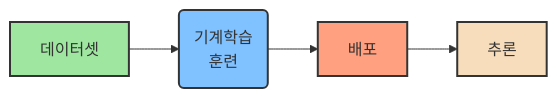
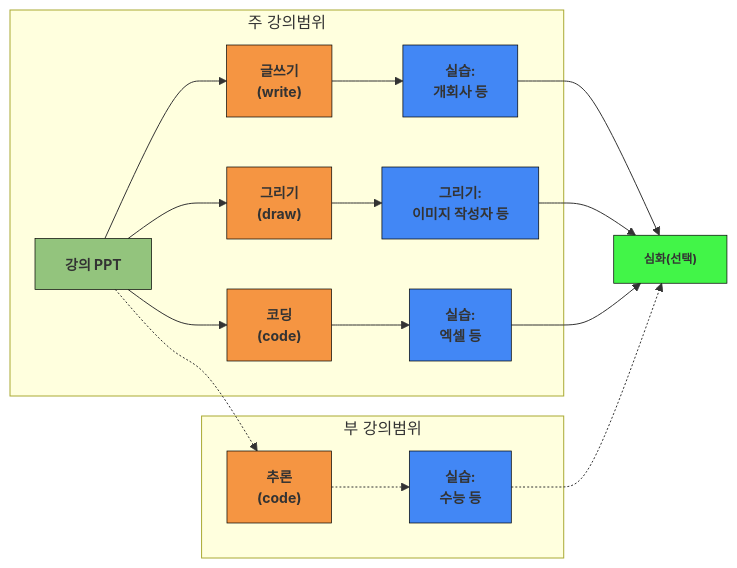
The diagram in gg_20230426.qmd (bit2r/gpt-edu), drawn with Mermaid before and after one commit. The commit also changed other lines of this file and 10 other files, not shown here.

````diff
--- a/gg_20230426.qmd
+++ b/gg_20230426.qmd
@@ -57,11 +43,29 @@
 ```{mermaid}
 flowchart LR
-  A[데이터셋] --> B(기계학습 <br> 훈련)
-  B --> C[배포]
-  C --> D[추론]
-  
-  style A fill:#9fe6a0,stroke:#333,stroke-width:2px;
-  style B fill:#80c1ff,stroke:#333,stroke-width:2px;
-  style C fill:#ffa080,stroke:#333,stroke-width:2px;
-  style D fill:#f7ddbb,stroke:#333,stroke-width:2px;  
+   subgraph 주 강의범위
+    A[강의 PPT] --> AB["글쓰기<br>(write)"] --> B[실습: <br> 개회사 등]
+    A[강의 PPT] --> AC["그리기<br>(draw)"] --> C[그리기: <br> 이미지 작성자 등]
+    A[강의 PPT] --> AD["코딩<br>(code)"] --> D[실습: <br> 엑셀 등]
+    end
+    subgraph 부 강의범위
+    A[강의 PPT] -.-> AE["추론<br>(code)"] -.-> E[실습: <br> 수능 등]
+    end
+    B --> F["심화(선택)"]
+    C --> F["심화(선택)"]
+    D --> F["심화(선택)"]
+    E -.-> F["심화(선택)"]
+
+click A href "https://r2bit.com/bitSlide/slideshow/202304-gpt/#/title-slide"
+click AB href "https://r2bit.com/chatGPT/prompt_in_practice.html"
+click F href "https://r2bit.com/chatGPT/"
+
+class A nodeStyle
+class AB,AC,AD,AE theoryStyle
+class B,C,D,E practiceStyle
+class F taskStyle
+
+classDef nodeStyle fill:#93c47d,stroke:#000000,stroke-width:0.7px,font-weight:bold,font-size:14px;
+classDef theoryStyle fill:#f59542,stroke:#000000,stroke-width:0.7px,font-weight:bold,font-size:14px;
+classDef practiceStyle fill:#4287f5,stroke:#000000,stroke-width:0.7px,font-weight:bold,font-size:14px;
+classDef taskStyle fill:#42f548,stroke:#000000,stroke-width:0.7px,font-weight:bold,font-size:12px;
 ```
````
